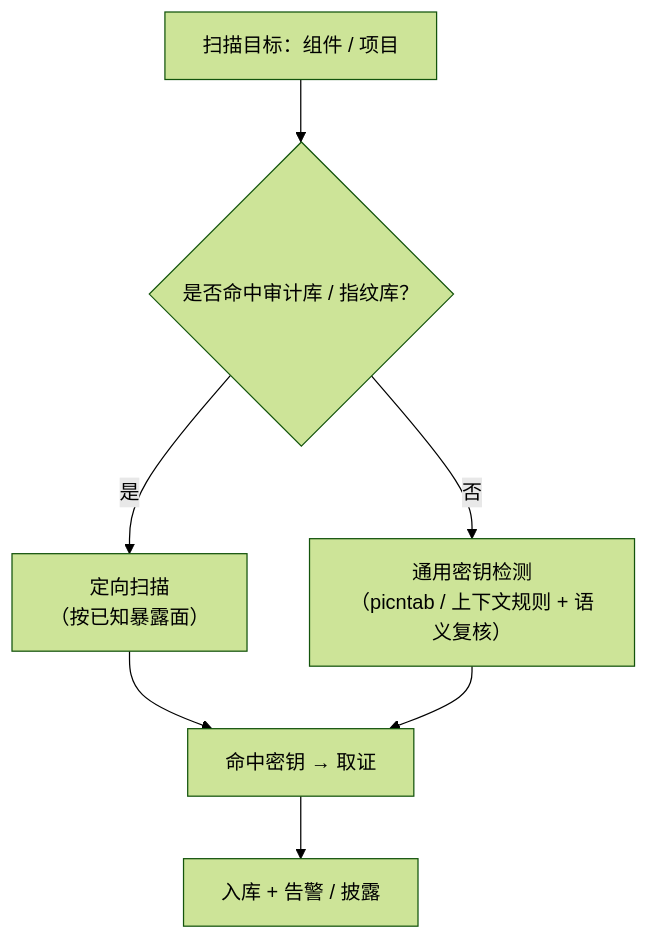
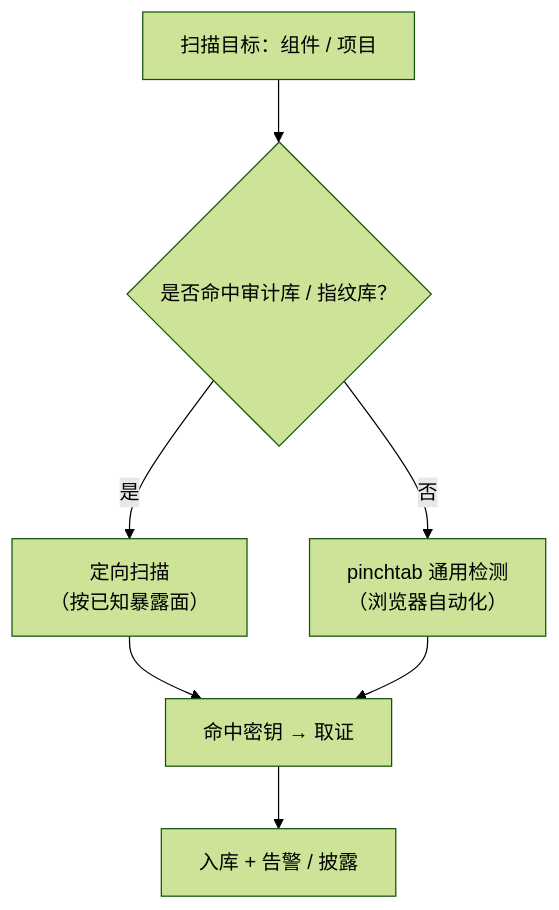
Before and after one commit to tajleonbennis-maker/SecretWatcher: the second of 2 diagrams in docs/architecture.md, drawn with Mermaid (forest theme). The commit also changed other lines of this file, not shown here.

Commit message:
docs: clarify toolchain (shannon, shannon-console, pinchtab)

````diff
--- a/docs/architecture.md
+++ b/docs/architecture.md
@@ -102,16 +102,16 @@
 ```mermaid
 flowchart TD
     S["扫描目标：组件 / 项目"]
     D{"是否命中审计库 / 指纹库？"}
     T["定向扫描<br/>（按已知暴露面）"]
-    P["通用密钥检测<br/>（picntab / 上下文规则 + 语义复核）"]
+    P["pinchtab 通用检测<br/>（浏览器自动化）"]
     R["命中密钥 → 取证"]
     O["入库 + 告警 / 披露"]
 
     S --> D
     D -- 是 --> T
     D -- 否 --> P
     T --> R
     P --> R
     R --> O
 ```
````
